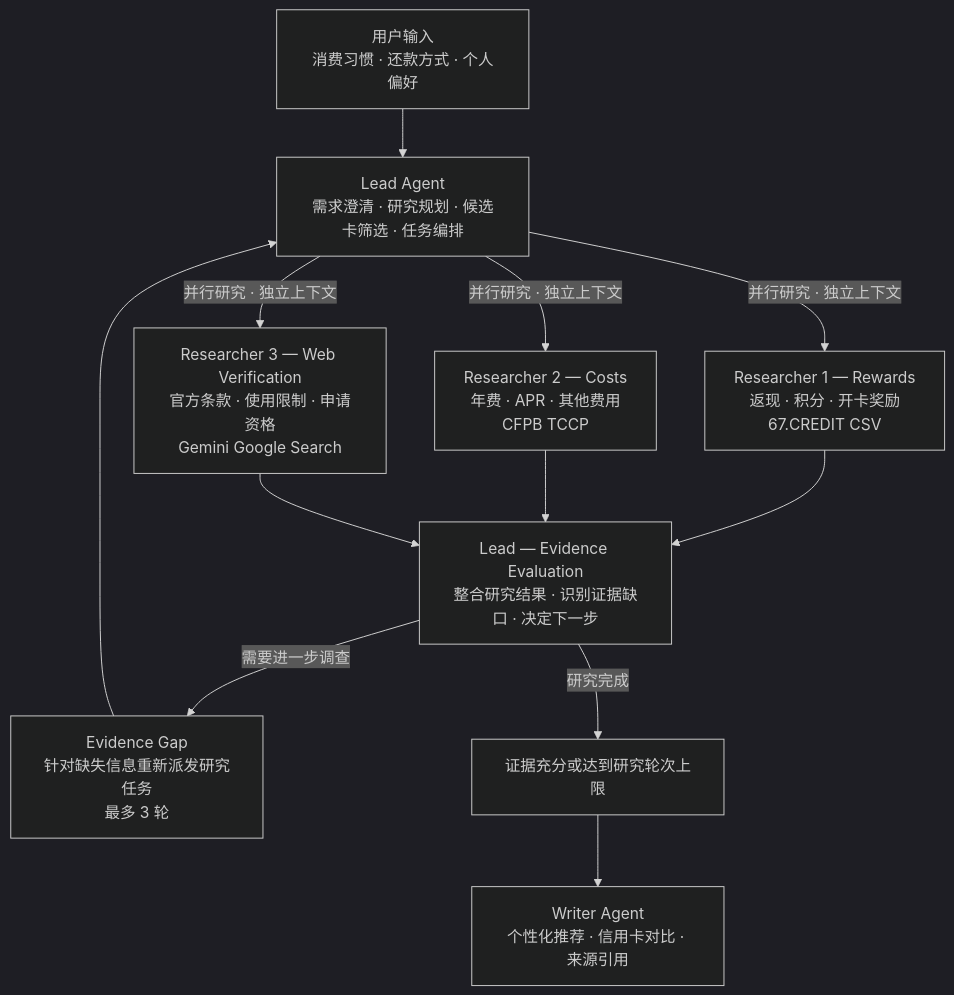
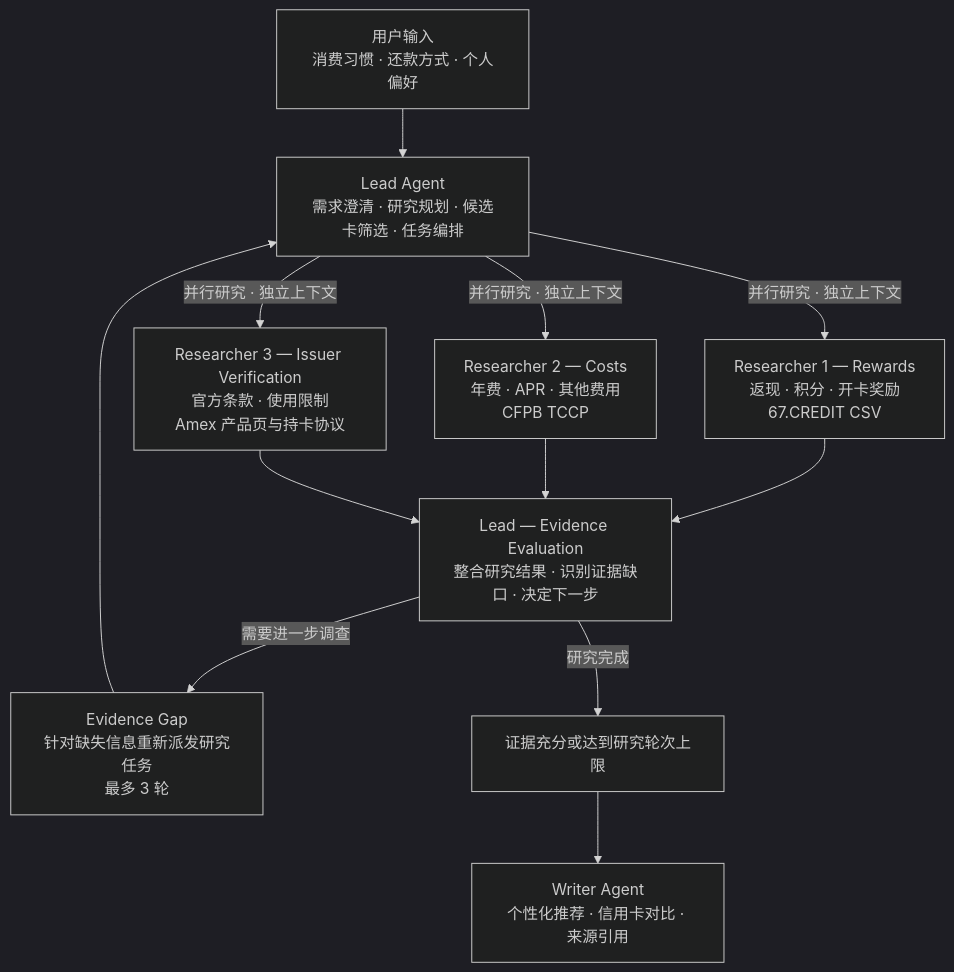
The diagram in README.md (HL121/Project-2-A-Data-Exploration-Agent), drawn with Mermaid (dark theme) before and after one commit. The commit also changed other lines of this file and 5 other files, not shown here.

````diff
--- a/README.md
+++ b/README.md
@@ -46,33 +98,33 @@
 ```mermaid
 flowchart TD
     U["用户输入<br/>消费习惯 · 还款方式 · 个人偏好"]
 
     L["Lead Agent<br/>需求澄清 · 研究规划 · 候选卡筛选 · 任务编排"]
 
     R1["Researcher 1 — Rewards<br/>返现 · 积分 · 开卡奖励<br/>67.CREDIT CSV"]
     R2["Researcher 2 — Costs<br/>年费 · APR · 其他费用<br/>CFPB TCCP"]
-    R3["Researcher 3 — Web Verification<br/>官方条款 · 使用限制 · 申请资格<br/>Gemini Google Search"]
+    R3["Researcher 3 — Issuer Verification<br/>官方条款 · 使用限制<br/>Amex 产品页与持卡协议"]
 
     E["Lead — Evidence Evaluation<br/>整合研究结果 · 识别证据缺口 · 决定下一步"]
 
     G["Evidence Gap<br/>针对缺失信息重新派发研究任务<br/>最多 3 轮"]
     S["证据充分或达到研究轮次上限"]
 
     W["Writer Agent<br/>个性化推荐 · 信用卡对比 · 来源引用"]
 
     U --> L
 
     L -->|并行研究 · 独立上下文| R1
     L -->|并行研究 · 独立上下文| R2
     L -->|并行研究 · 独立上下文| R3
 
     R1 --> E
     R2 --> E
     R3 --> E
 
     E -->|需要进一步调查| G
     G --> L
 
     E -->|研究完成| S
     S --> W
 ```
````
